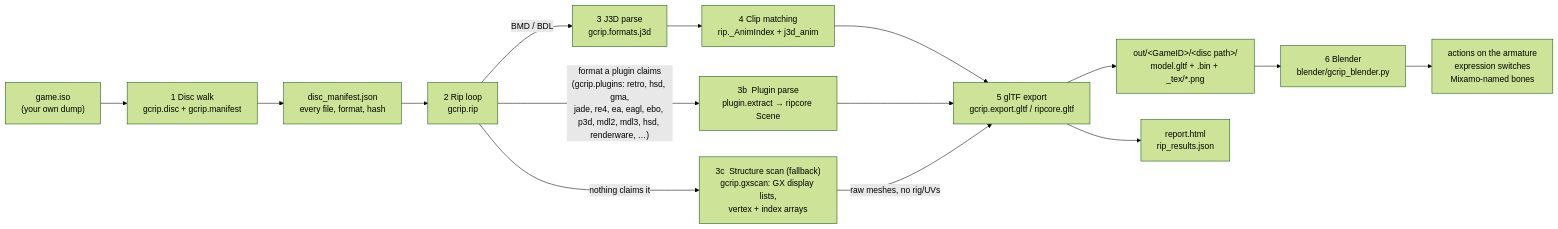
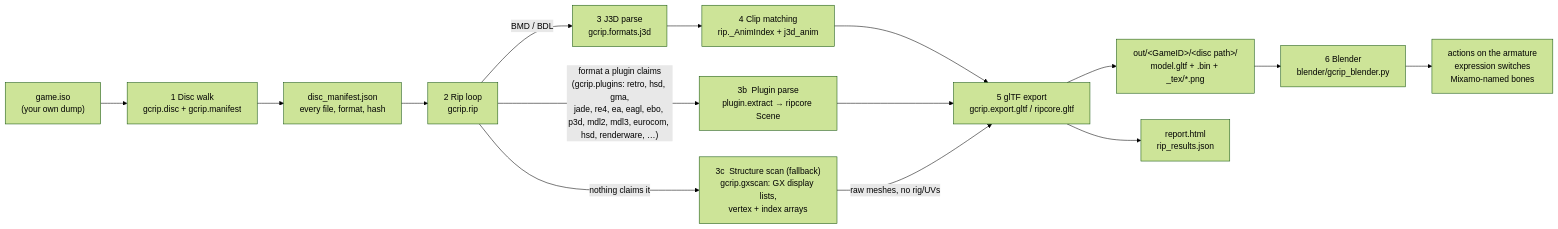
One commit to Felbs/3d-ripper-9000 changed the first of 8 diagrams in docs/PIPELINE.md. Above: the diagram before and after it, drawn with Mermaid (forest theme). The commit also changed other lines of this file, not shown here.

First line of the commit message:
docs: Eurocom EngineX in the pipeline notes

````diff
--- a/docs/PIPELINE.md
+++ b/docs/PIPELINE.md
@@ -11,17 +11,17 @@
 ```mermaid
 flowchart LR
     ISO["game.iso<br/>(your own dump)"] --> WALK["1  Disc walk<br/>gcrip.disc + gcrip.manifest"]
     WALK --> MAN["disc_manifest.json<br/>every file, format, hash"]
     MAN --> RIP["2  Rip loop<br/>gcrip.rip"]
     RIP -->|"BMD / BDL"| J3D["3  J3D parse<br/>gcrip.formats.j3d"]
-    RIP -->|"format a plugin claims<br/>(gcrip.plugins: retro, hsd, gma,<br/>jade, re4, ea, eagl, ebo, p3d, mdl2, mdl3, hsd, renderware, …)"| PLUG["3b  Plugin parse<br/>plugin.extract → ripcore Scene"]
+    RIP -->|"format a plugin claims<br/>(gcrip.plugins: retro, hsd, gma,<br/>jade, re4, ea, eagl, ebo, p3d, mdl2, mdl3, eurocom, hsd, renderware, …)"| PLUG["3b  Plugin parse<br/>plugin.extract → ripcore Scene"]
     RIP -->|"nothing claims it"| GX["3c  Structure scan (fallback)<br/>gcrip.gxscan: GX display lists,<br/>vertex + index arrays"]
     J3D --> ANIM["4  Clip matching<br/>rip._AnimIndex + j3d_anim"]
     ANIM --> GLTF["5  glTF export<br/>gcrip.export.gltf / ripcore.gltf"]
     PLUG --> GLTF
     GX -->|"raw meshes, no rig/UVs"| GLTF
     GLTF --> OUT["out/&lt;GameID&gt;/&lt;disc path&gt;/<br/>model.gltf + .bin + _tex/*.png"]
     GLTF --> REP["report.html<br/>rip_results.json"]
     OUT --> BL["6  Blender<br/>blender/gcrip_blender.py"]
     BL --> PLAY["actions on the armature<br/>expression switches<br/>Mixamo-named bones"]
 ```
````
